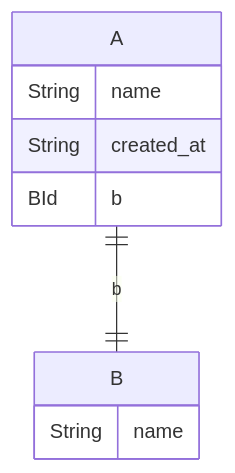
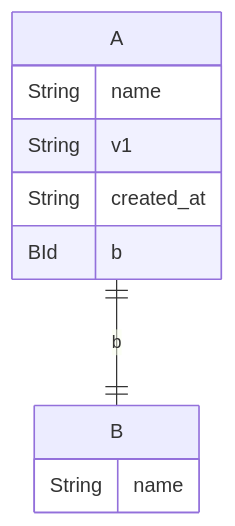
The diagram in docs/diagram/structiagram.md (ymgyt/github-actions-handson), drawn with Mermaid before and after one commit. The commit also changed 1 other file, not shown here.

Commit message:
doc: update er diagram

````diff
--- a/docs/diagram/structiagram.md
+++ b/docs/diagram/structiagram.md
@@ -3,19 +3,20 @@
 ```mermaid
 %%{init: {
             "er": {
                 "layoutDirection": "LR",
                 "entityPadding": 15,
                 "useMaxWidth": false
             }
         }}%%
 erDiagram
+A {
+    String name
+    String v1
+    String created_at
+    BId b
+}
 B {
     String name
 }
-A {
-    String name
-    String created_at
-    BId b
-}
 A ||--|| B : b
 ```
````
